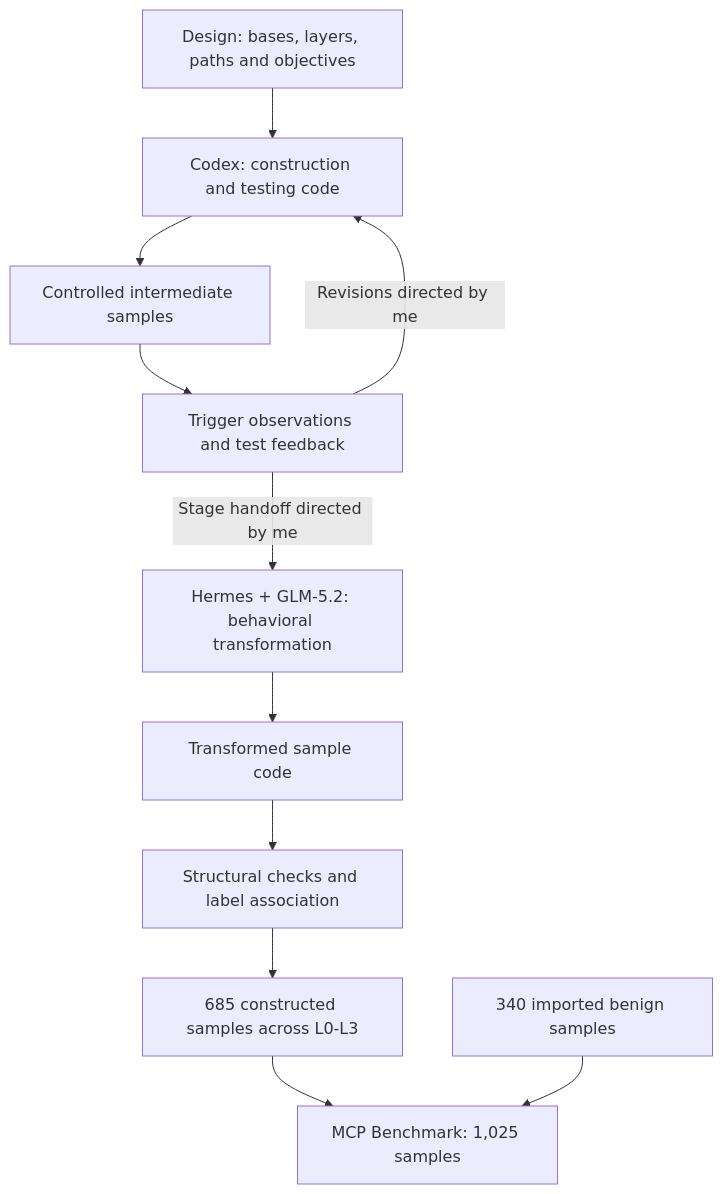
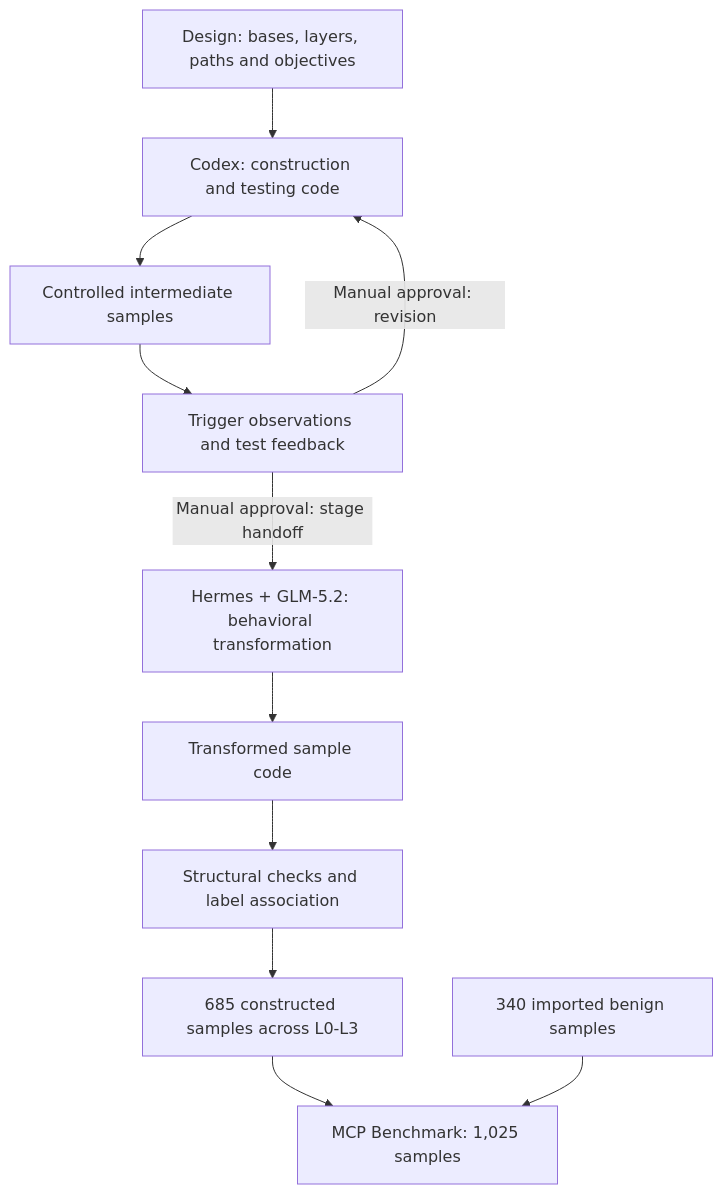
The diagram in README.md (yongqicui555/mcp_benchmark_1.0), drawn with Mermaid before and after one commit. The commit also changed other lines of this file and 11 other files, not shown here.

Commit message:
Use project voice and clarify manual approval and evidence framing

````diff
--- a/README.md
+++ b/README.md
@@ -35,13 +37,13 @@
 ```mermaid
 flowchart TD
     A[Design: bases, layers, paths and objectives] --> B[Codex: construction and testing code]
     B --> C[Controlled intermediate samples]
     C --> D[Trigger observations and test feedback]
-    D -->|Revisions directed by me| B
-    D -->|Stage handoff directed by me| E[Hermes + GLM-5.2: behavioral transformation]
+    D -->|Manual approval: revision| B
+    D -->|Manual approval: stage handoff| E[Hermes + GLM-5.2: behavioral transformation]
     E --> F[Transformed sample code]
     F --> G[Structural checks and label association]
     G --> I[685 constructed samples across L0-L3]
     I --> J[MCP Benchmark: 1,025 samples]
     K[340 imported benign samples] --> J
 ```
````
